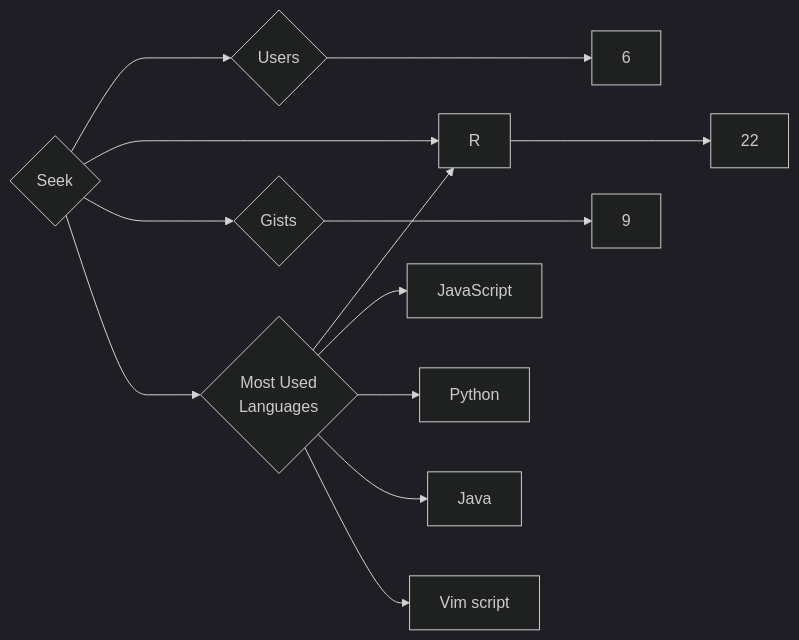
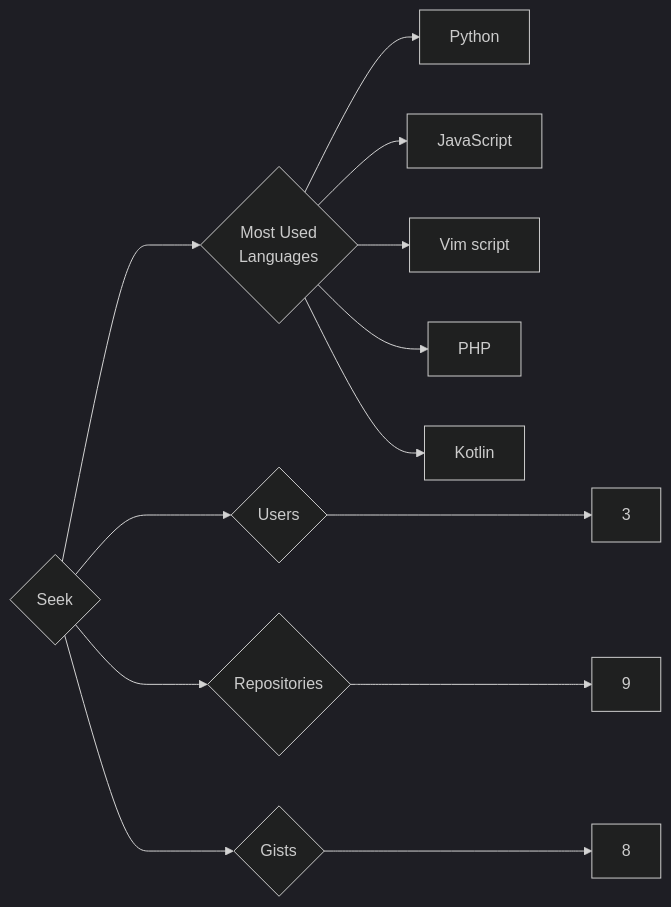
One commit to trickest/insiders changed the diagram in targets/Seek/README.md. Above: the diagram before and after it, drawn with Mermaid (dark theme). The commit also changed 920 other files, not shown here.

````diff
--- a/targets/Seek/README.md
+++ b/targets/Seek/README.md
@@ -3,13 +3,13 @@
 ```mermaid
 graph LR
 COMPANY_NAME{Seek}
-COMPANY_NAME ---> U{Users} ---> UN[6]
-COMPANY_NAME ---> R{Repositories} ---> RN[22]
-COMPANY_NAME ---> G{Gists} ---> GN[9]
+COMPANY_NAME ---> U{Users} ---> UN[3]
+COMPANY_NAME ---> R{Repositories} ---> RN[9]
+COMPANY_NAME ---> G{Gists} ---> GN[8]
 COMPANY_NAME ---> ML{Most Used<br>Languages}
-ML --> R[R]
+ML --> Python[Python]
 ML --> JavaScript[JavaScript]
-ML --> Python[Python]
-ML --> Java[Java]
 ML --> Vim_script[Vim script]
+ML --> PHP[PHP]
+ML --> Kotlin[Kotlin]
 ```
````
